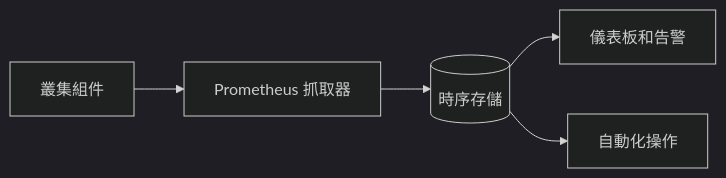
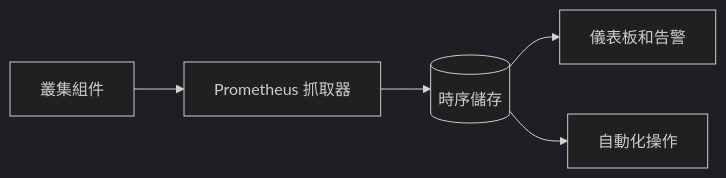
The second of 4 diagrams in content/zh-tw/docs/concepts/cluster-administration/observability.md (kubernetes/website), drawn with Mermaid (dark theme) before and after one commit. The commit also changed other lines of this file and 1309 other files, not shown here.

```diff
--- a/content/zh-tw/docs/concepts/cluster-administration/observability.md
+++ b/content/zh-tw/docs/concepts/cluster-administration/observability.md
@@ -121,7 +121,7 @@
 {{< mermaid >}}
 flowchart LR
     C[叢集組件] --> P[Prometheus 抓取器]
-    P --> TS[(時序存儲)]
+    P --> TS[(時序儲存)]
     TS --> D[儀表板和告警]
     TS --> A[自動化操作]
 {{< /mermaid >}}
```
